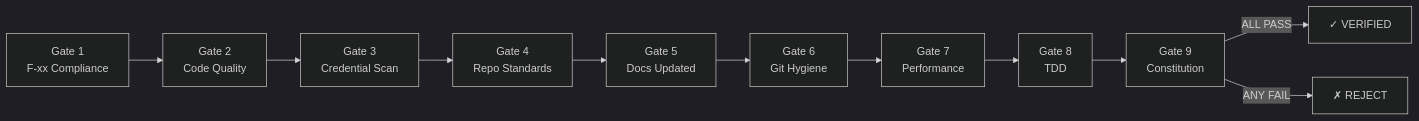
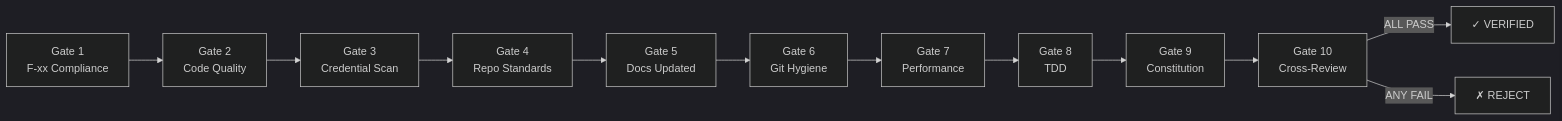
One commit to Roberdan/MyConvergio changed the second of 3 diagrams in docs/concepts.md. Above: the diagram before and after it, drawn with Mermaid (dark theme). The commit also changed other lines of this file and 16 other files, not shown here.

First line of the commit message:
feat: v9.4.0 — Gate 10 cross-file consistency + circuit breaker extraction

````diff
--- a/docs/concepts.md
+++ b/docs/concepts.md
@@ -39,13 +39,14 @@
 ```mermaid
 graph LR
     G1[Gate 1<br/>F-xx Compliance] --> G2[Gate 2<br/>Code Quality]
     G2 --> G3[Gate 3<br/>Credential Scan]
     G3 --> G4[Gate 4<br/>Repo Standards]
     G4 --> G5[Gate 5<br/>Docs Updated]
     G5 --> G6[Gate 6<br/>Git Hygiene]
     G6 --> G7[Gate 7<br/>Performance]
     G7 --> G8[Gate 8<br/>TDD]
     G8 --> G9[Gate 9<br/>Constitution]
-    G9 -->|ALL PASS| V[✓ VERIFIED]
-    G9 -->|ANY FAIL| R[✗ REJECT]
+    G9 --> G10[Gate 10<br/>Cross-Review]
+    G10 -->|ALL PASS| V[✓ VERIFIED]
+    G10 -->|ANY FAIL| R[✗ REJECT]
 ```
````
